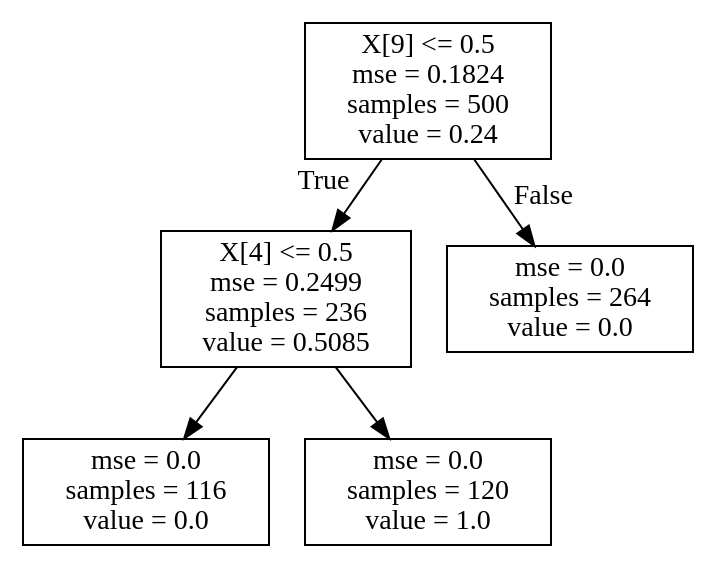
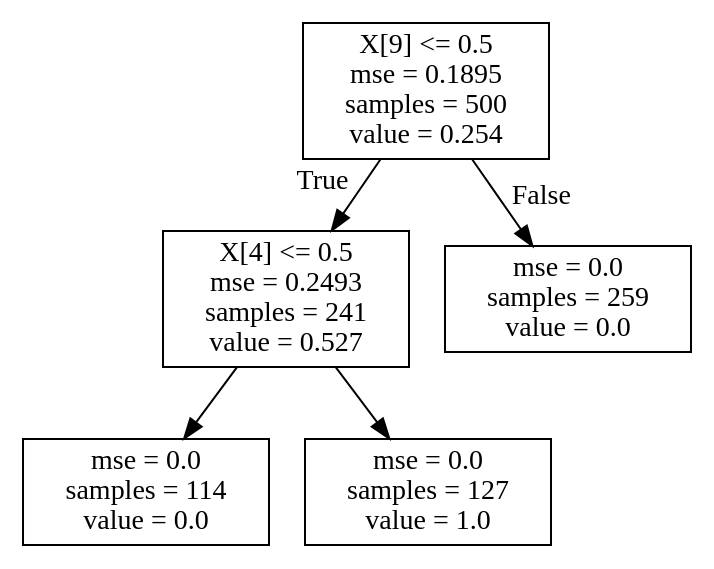
The diagram in surrogate_data/simple_1.dot (ai-se/SPL), drawn with Graphviz before and after one commit. The commit also changed 30 other files, not shown here.

```diff
--- a/surrogate_data/simple_1.dot
+++ b/surrogate_data/simple_1.dot
@@ -1,12 +1,12 @@
 digraph Tree {
 node [shape=box] ;
-0 [label="X[9] <= 0.5\nmse = 0.1824\nsamples = 500\nvalue = 0.24"] ;
-1 [label="X[4] <= 0.5\nmse = 0.2499\nsamples = 236\nvalue = 0.5085"] ;
+0 [label="X[9] <= 0.5\nmse = 0.1895\nsamples = 500\nvalue = 0.254"] ;
+1 [label="X[4] <= 0.5\nmse = 0.2493\nsamples = 241\nvalue = 0.527"] ;
 0 -> 1 [labeldistance=2.5, labelangle=45, headlabel="True"] ;
-2 [label="mse = 0.0\nsamples = 116\nvalue = 0.0"] ;
+2 [label="mse = 0.0\nsamples = 114\nvalue = 0.0"] ;
 1 -> 2 ;
-3 [label="mse = 0.0\nsamples = 120\nvalue = 1.0"] ;
+3 [label="mse = 0.0\nsamples = 127\nvalue = 1.0"] ;
 1 -> 3 ;
-4 [label="mse = 0.0\nsamples = 264\nvalue = 0.0"] ;
+4 [label="mse = 0.0\nsamples = 259\nvalue = 0.0"] ;
 0 -> 4 [labeldistance=2.5, labelangle=-45, headlabel="False"] ;
 }
```
